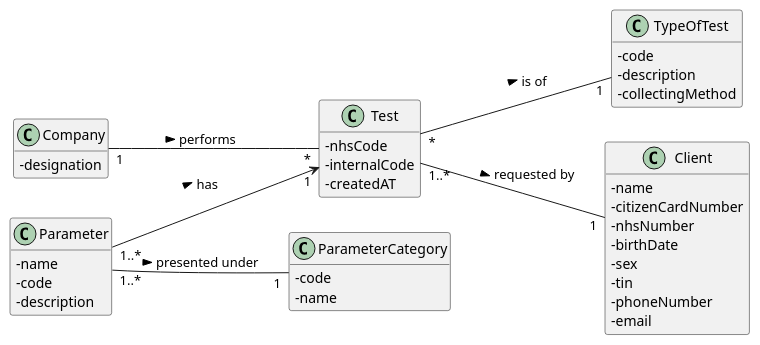
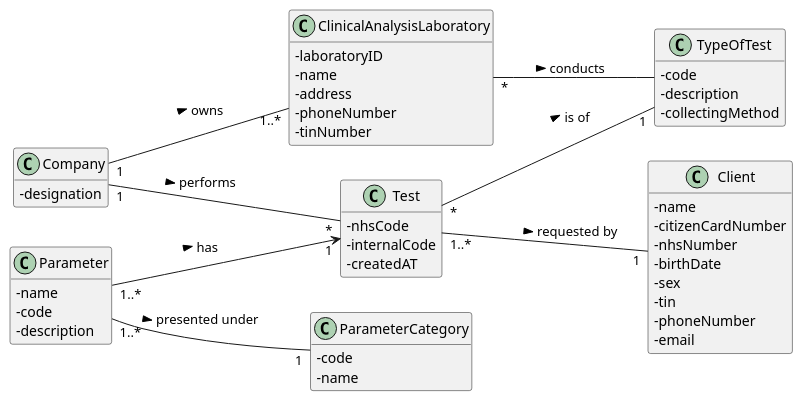
Before and after one commit to GuilhermeCunha79/lapr2: the diagram in docs/SprintC/US4/UC4_MD.puml, drawn with PlantUML. The commit also changed 7 other files, not shown here.

```diff
--- a/docs/SprintC/US4/UC4_MD.puml
+++ b/docs/SprintC/US4/UC4_MD.puml
@@ -1,53 +1,63 @@
 @startuml
 hide methods
 left to right direction
 skinparam classAttributeIconSize 0
 
 class Company {
  -designation
 }
 
 class Test {
   - nhsCode
   - internalCode
   - createdAT
  }
 
 class TypeOfTest {
   -code
   -description
   -collectingMethod
+}
+
+class ClinicalAnalysisLaboratory {
+ - laboratoryID
+ - name
+ - address
+ - phoneNumber
+ - tinNumber
 }
 
 
 class Client {
   - name
   - citizenCardNumber
   - nhsNumber
   - birthDate
   - sex
   - tin
   - phoneNumber
   - email
 }
 
 class Parameter {
 -name
 -code
 -description
 }
 
 class ParameterCategory {
 -code
 -name
 }
 
 
 Company "1" -- "*" Test : performs >
 Test "*" -- "1" TypeOfTest: is of >
 Test "1..*" -- "1" Client: requested by >
 Parameter "1..*" -- "1" ParameterCategory: presented under >
 Parameter "1..*" --> "1" Test : has >
+Company "1" -- "1..*" ClinicalAnalysisLaboratory : owns >
+ClinicalAnalysisLaboratory "*" -- "TypeOfTest" : conducts >
 
 
 @enduml
```
